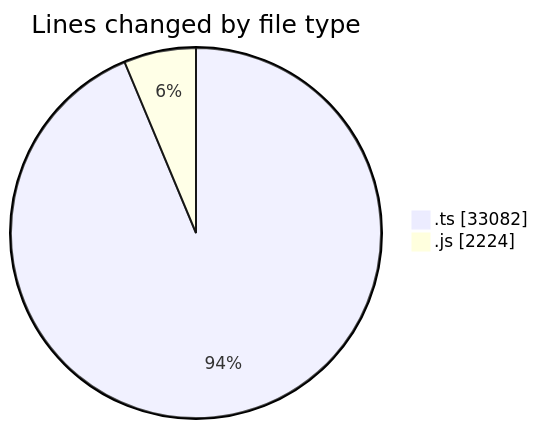
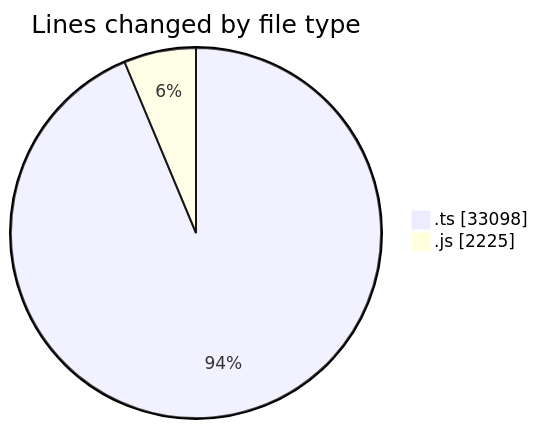
One commit to momahboobian/code-tracking changed the first of 2 diagrams in 2025-06-26/cda/README.md. Above: the diagram before and after it, drawn with Mermaid. The commit also changed other lines of this file and 1 other file, not shown here.

````diff
--- a/2025-06-26/cda/README.md
+++ b/2025-06-26/cda/README.md
@@ -35,6 +35,6 @@
 ```mermaid
 pie showData
 title Lines changed by file type
-".ts" : 33082
-".js" : 2224
+".ts" : 33098
+".js" : 2225
 ```
````
